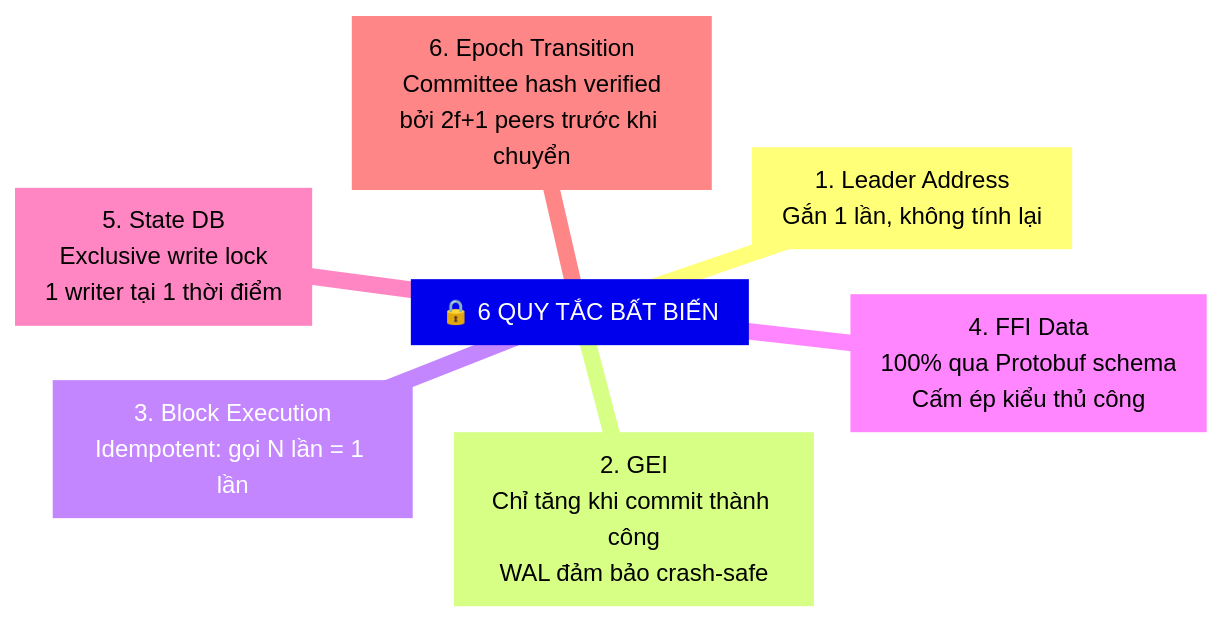
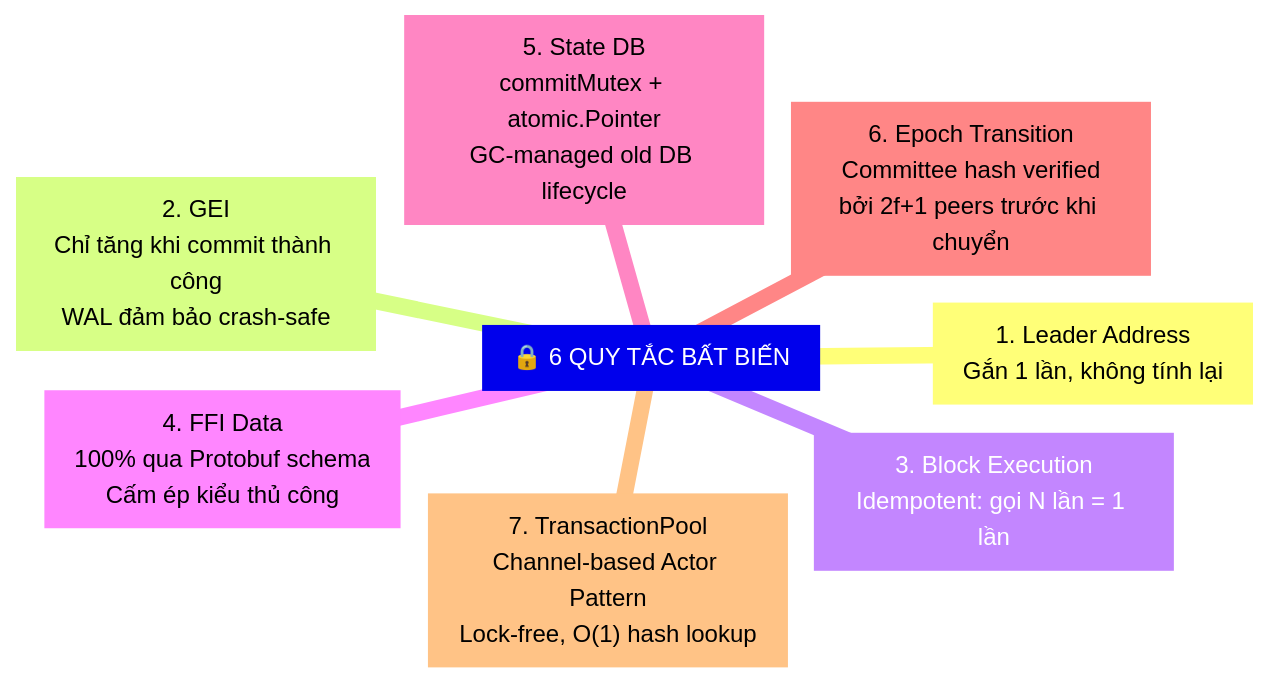
One commit to x3pi/metanode changed the fourth of 10 diagrams in docs/block_creation_architecture.md. Above: the diagram before and after it, drawn with Mermaid. The commit also changed other lines of this file and 3 other files, not shown here.

Commit message:
feat: implement sequential batch processing to enforce FFI channel backpressure and improve flow control reliability

````diff
--- a/docs/block_creation_architecture.md
+++ b/docs/block_creation_architecture.md
@@ -223,10 +223,11 @@
 ```mermaid
 mindmap
     root["🔒 6 QUY TẮC BẤT BIẾN"]
         INV1["1. Leader Address<br/>Gắn 1 lần, không tính lại"]
         INV2["2. GEI<br/>Chỉ tăng khi commit thành công<br/>WAL đảm bảo crash-safe"]
         INV3["3. Block Execution<br/>Idempotent: gọi N lần = 1 lần"]
         INV4["4. FFI Data<br/>100% qua Protobuf schema<br/>Cấm ép kiểu thủ công"]
-        INV5["5. State DB<br/>Exclusive write lock<br/>1 writer tại 1 thời điểm"]
+        INV5["5. State DB<br/>commitMutex + atomic.Pointer<br/>GC-managed old DB lifecycle"]
         INV6["6. Epoch Transition<br/>Committee hash verified<br/>bởi 2f+1 peers trước khi chuyển"]
+        INV7["7. TransactionPool<br/>Channel-based Actor Pattern<br/>Lock-free, O(1) hash lookup"]
 ```
````
